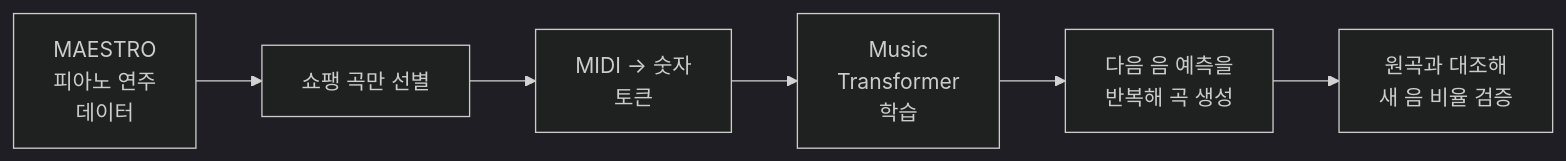
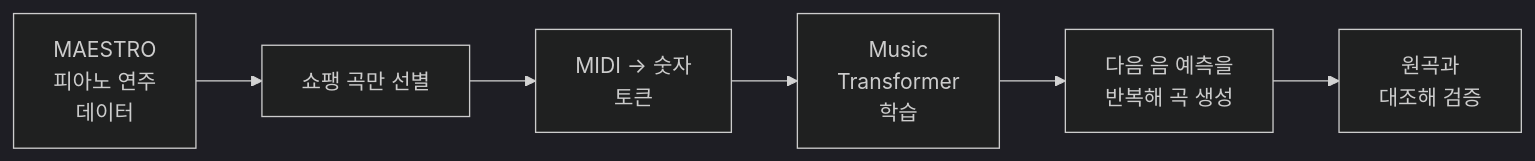
The diagram in MusicTransformer/README.md (mjk022/portfolio), drawn with Mermaid (dark theme) before and after one commit. The commit also changed 7 other files, not shown here.

Commit message:
README 다이어그램 라벨을 GitHub에서 줄바꿈되지 않는 폭으로 다시 정리

````diff
--- a/MusicTransformer/README.md
+++ b/MusicTransformer/README.md
@@ -70,8 +70,8 @@
 ```mermaid
 flowchart LR
     A[MAESTRO<br/>피아노 연주<br/>데이터] --> B[쇼팽 곡만 선별]
     B --> C[MIDI → 숫자<br/>토큰]
     C --> D[Music<br/>Transformer<br/>학습]
     D --> G[다음 음 예측을<br/>반복해 곡 생성]
-    G --> H[원곡과 대조해<br/>새 음 비율 검증]
+    G --> H[원곡과<br/>대조해 검증]
 ```
````
